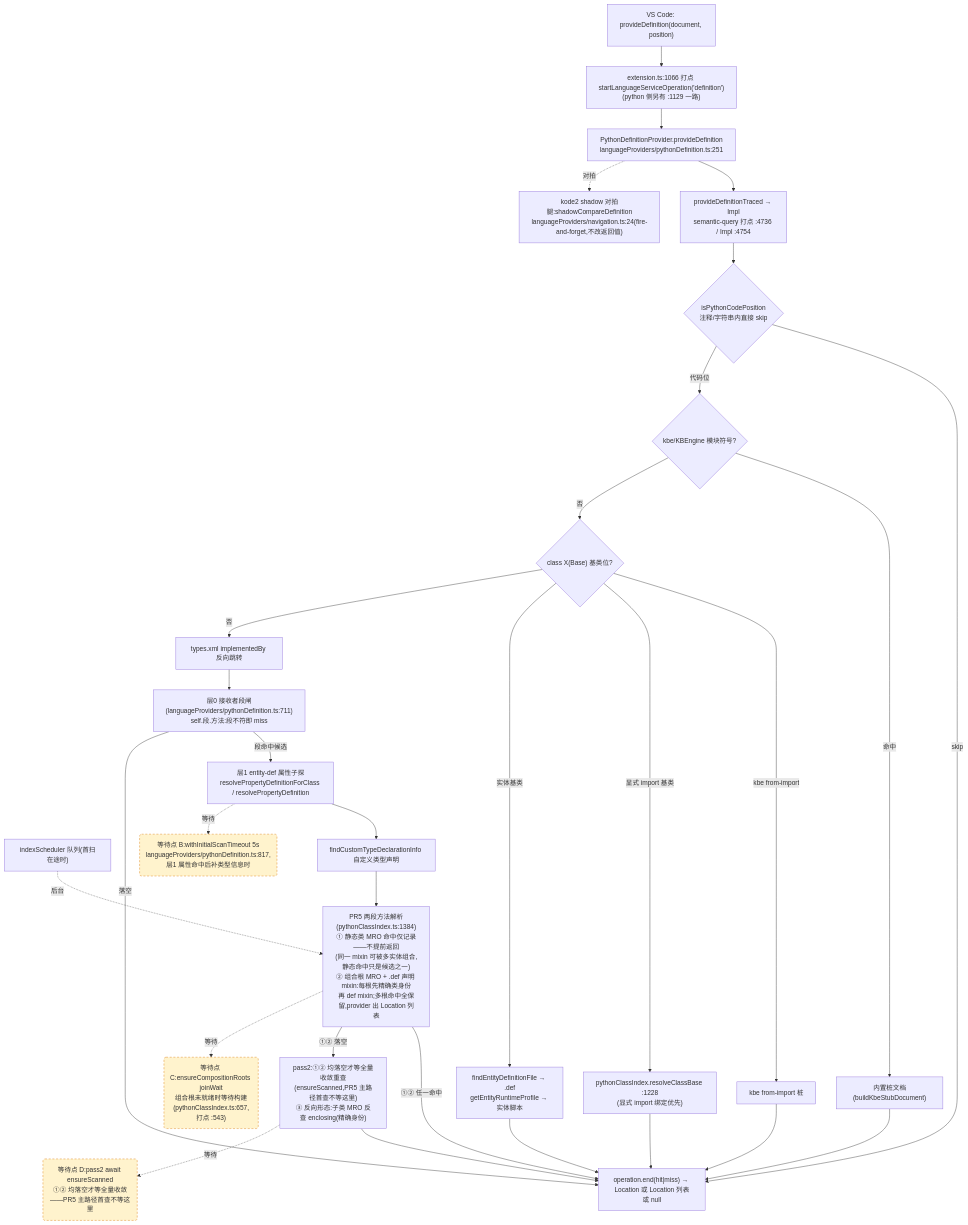
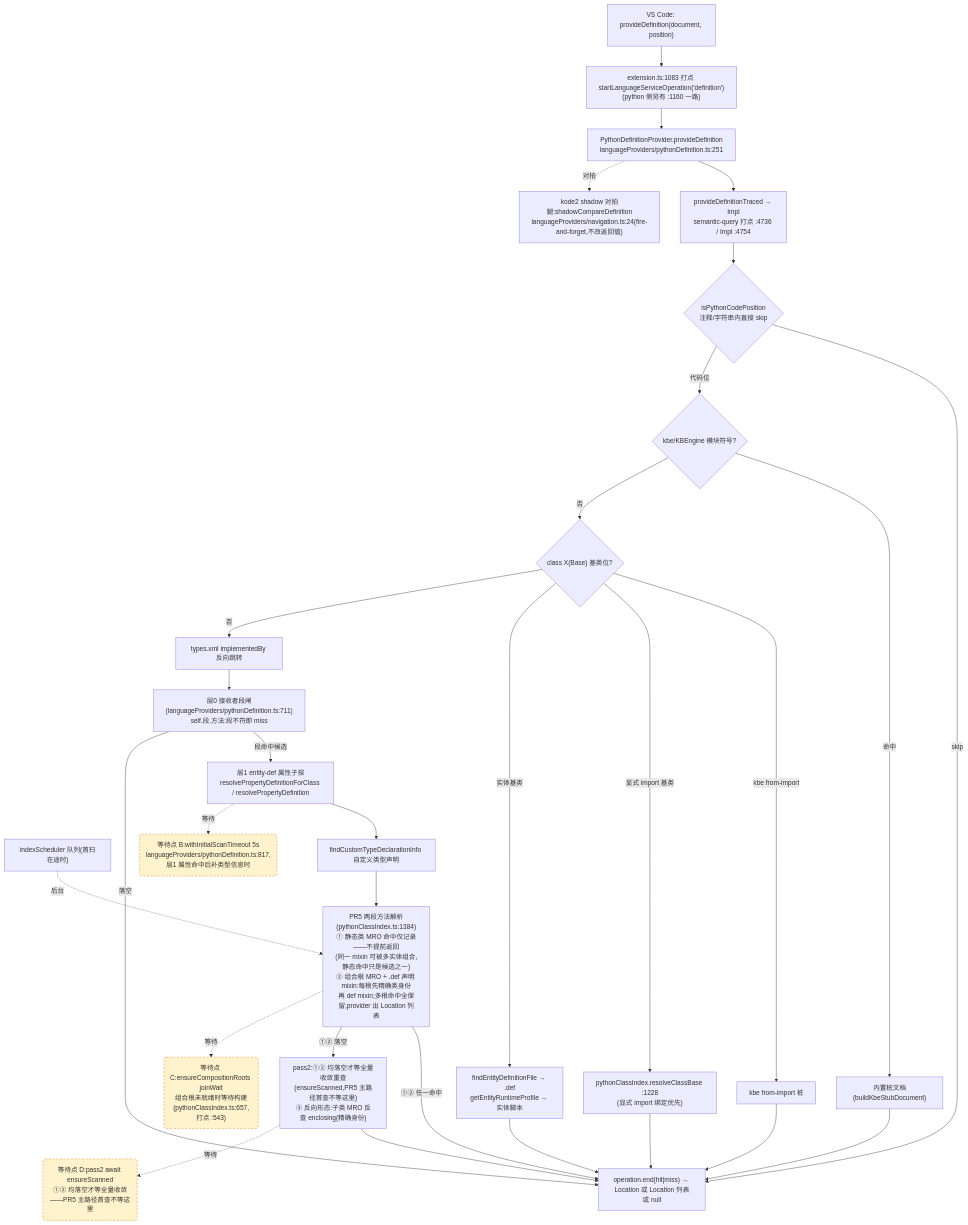
One commit to cuihairu/kode changed the second of 4 diagrams in docs/perf/2026-baseline.md. Above: the diagram before and after it, drawn with Mermaid. The commit also changed other lines of this file and 13 other files, not shown here.

````diff
--- a/docs/perf/2026-baseline.md
+++ b/docs/perf/2026-baseline.md
@@ -130,51 +130,51 @@
 ```mermaid
 flowchart TD
   VC2["VS Code: provideDefinition(document, position)"]
-  M2["extension.ts:1066 打点 startLanguageServiceOperation('definition')<br/>(python 侧另有 :1129 一路)"]
+  M2["extension.ts:1083 打点 startLanguageServiceOperation('definition')<br/>(python 侧另有 :1160 一路)"]
   AD2["PythonDefinitionProvider.provideDefinition<br/>languageProviders/pythonDefinition.ts:251"]
   TR["provideDefinitionTraced → Impl<br/>semantic-query 打点 :4736 / Impl :4754"]
   CTX{"isPythonCodePosition<br/>注释/字符串内直接 skip"}
   KBE{"kbe/KBEngine 模块符号?"}
   STUB["内置桩文档(buildKbeStubDocument)"]
   CB{"class X(Base) 基类位?"}
   CB1["kbe from-import 桩"]
   CB2["pythonClassIndex.resolveClassBase :1228<br/>(显式 import 绑定优先)"]
   CB3["findEntityDefinitionFile → .def<br/>getEntityRuntimeProfile → 实体脚本"]
   REV["types.xml implementedBy 反向跳转"]
   L0["层0 接收者段闸(languageProviders/pythonDefinition.ts:711)<br/>self.段.方法:段不符即 miss"]
   L1["层1 entity-def 属性子探<br/>resolvePropertyDefinitionForClass / resolvePropertyDefinition"]
   SCAN["indexScheduler 队列(首扫在途时)"]
   TY["findCustomTypeDeclarationInfo 自定义类型声明"]
   MRO["PR5 两段方法解析(pythonClassIndex.ts:1384)<br/>① 静态类 MRO 命中仅记录——不提前返回<br/>(同一 mixin 可被多实体组合,静态命中只是候选之一)<br/>② 组合根 MRO + .def 声明 mixin:每根先精确类身份<br/>再 def mixin;多根命中全保留,provider 出 Location 列表"]
   PASS2["pass2:①② 均落空才等全量收敛重查<br/>(ensureScanned,PR5 主路径首查不等这里)<br/>③ 反向形态:子类 MRO 反查 enclosing(精确身份)"]
   SHD["kode2 shadow 对拍腿:shadowCompareDefinition<br/>languageProviders/navigation.ts:24(fire-and-forget,不改返回值)"]
   END2["operation.end(hit|miss) → Location 或 Location 列表或 null"]
 
   VC2 --> M2 --> AD2 --> TR --> CTX
   CTX -- "skip" --> END2
   CTX -- "代码位" --> KBE
   KBE -- "命中" --> STUB --> END2
   KBE -- "否" --> CB
   CB -- "kbe from-import" --> CB1 --> END2
   CB -- "显式 import 基类" --> CB2 --> END2
   CB -- "实体基类" --> CB3 --> END2
   CB -- "否" --> REV --> L0
   L0 -- "段命中候选" --> L1
   L0 -- "落空" --> END2
   L1 --> TY
   TY --> MRO
   MRO -- "①② 任一命中" --> END2
   MRO -- "①② 落空" --> PASS2 --> END2
   AD2 -.->|对拍| SHD
 
   WAITB("等待点 B:withInitialScanTimeout 5s<br/>languageProviders/pythonDefinition.ts:817,层1 属性命中后补类型信息时")
   WAITC("等待点 C:ensureCompositionRoots joinWait<br/>组合根未就绪时等待构建(pythonClassIndex.ts:657,打点 :543)")
   WAITD("等待点 D:pass2 await ensureScanned<br/>①② 均落空才等全量收敛——PR5 主路径首查不等这里")
   L1 -.->|等待| WAITB
   MRO -.->|等待| WAITC
   PASS2 -.->|等待| WAITD
   SCAN -.->|后台| MRO
 
   classDef waitPoint fill:#fff3cd,stroke:#d97706,stroke-dasharray:5 4;
   class WAITB,WAITC,WAITD waitPoint;
 ```
````
